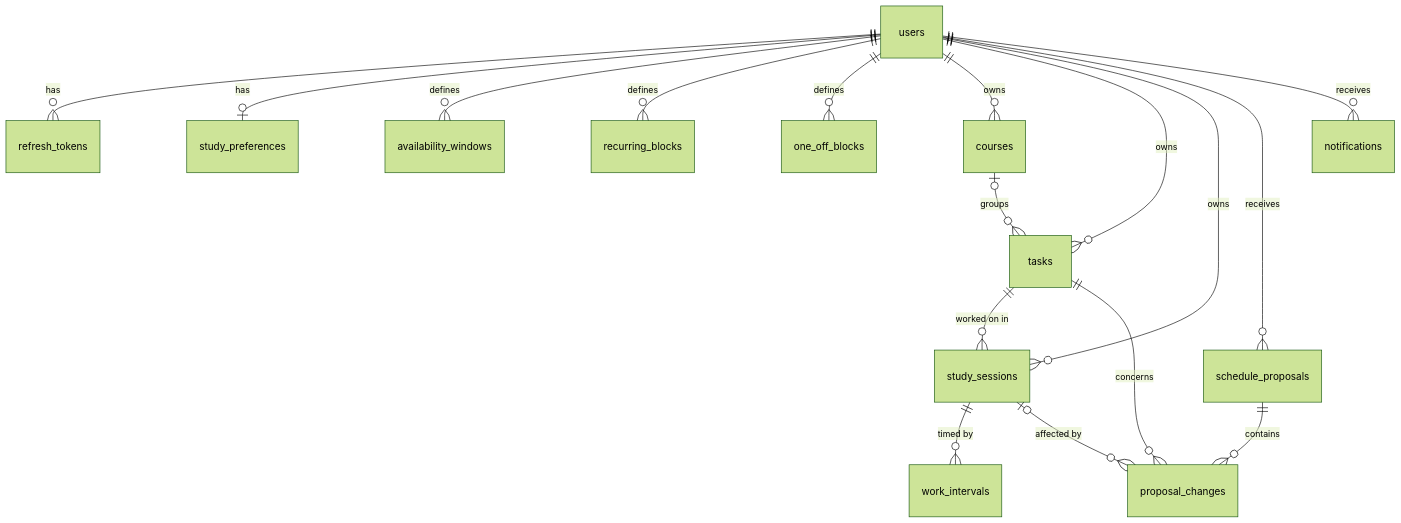
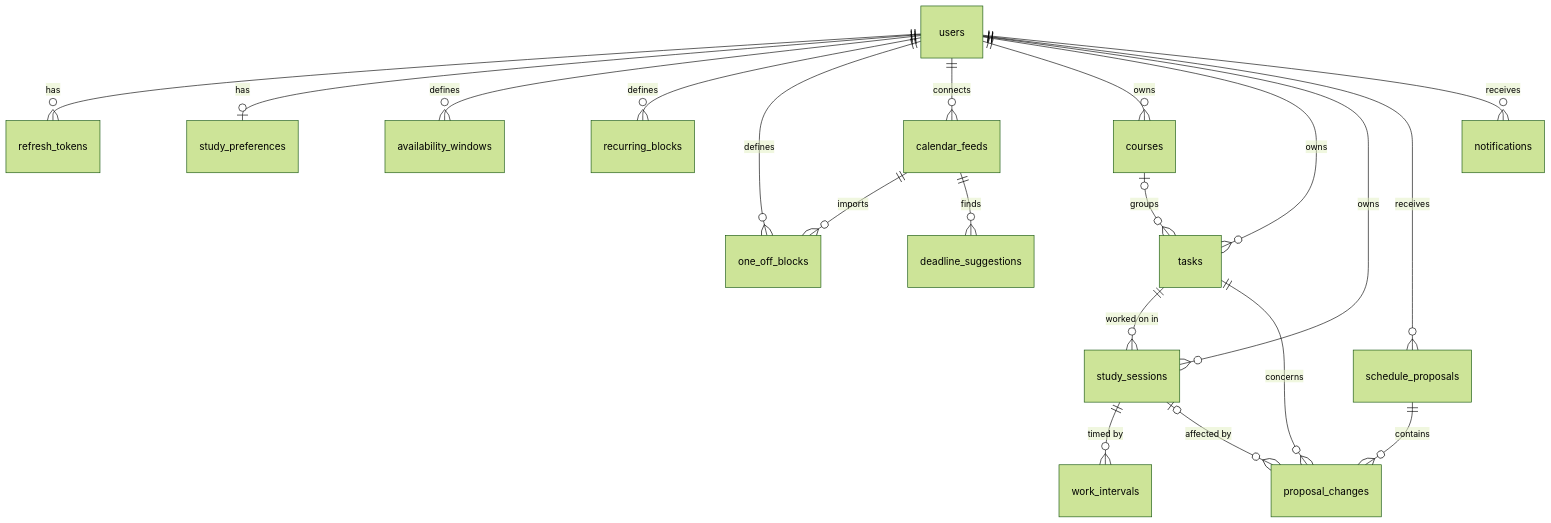
Before and after one commit to Ayech14/CoursePilot: the diagram in docs/DATABASE_DESIGN.md, drawn with Mermaid (forest theme). The commit also changed other lines of this file and 42 other files, not shown here.

First line of the commit message:
Add busy times, connected calendars and deadline suggestions (Milestone 6)

````diff
--- a/docs/DATABASE_DESIGN.md
+++ b/docs/DATABASE_DESIGN.md
@@ -8,19 +8,22 @@
 ```mermaid
 erDiagram
     users ||--o{ refresh_tokens : has
     users ||--o| study_preferences : has
     users ||--o{ availability_windows : defines
     users ||--o{ recurring_blocks : defines
     users ||--o{ one_off_blocks : defines
+    users ||--o{ calendar_feeds : connects
+    calendar_feeds ||--o{ one_off_blocks : imports
+    calendar_feeds ||--o{ deadline_suggestions : finds
     users ||--o{ courses : owns
     users ||--o{ tasks : owns
     users ||--o{ study_sessions : owns
     users ||--o{ schedule_proposals : receives
     users ||--o{ notifications : receives
     courses |o--o{ tasks : groups
     tasks ||--o{ study_sessions : "worked on in"
     study_sessions ||--o{ work_intervals : "timed by"
     schedule_proposals ||--o{ proposal_changes : contains
     study_sessions |o--o{ proposal_changes : "affected by"
     tasks ||--o{ proposal_changes : concerns
 ```
````
